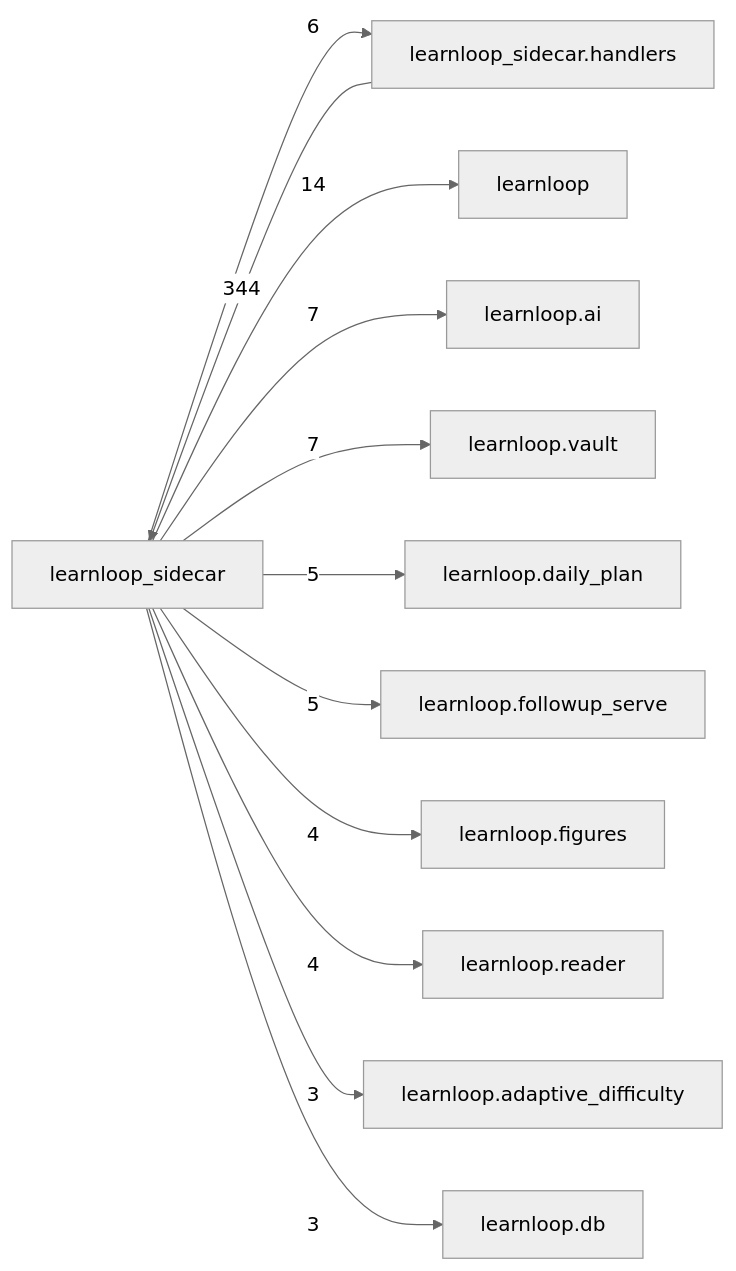
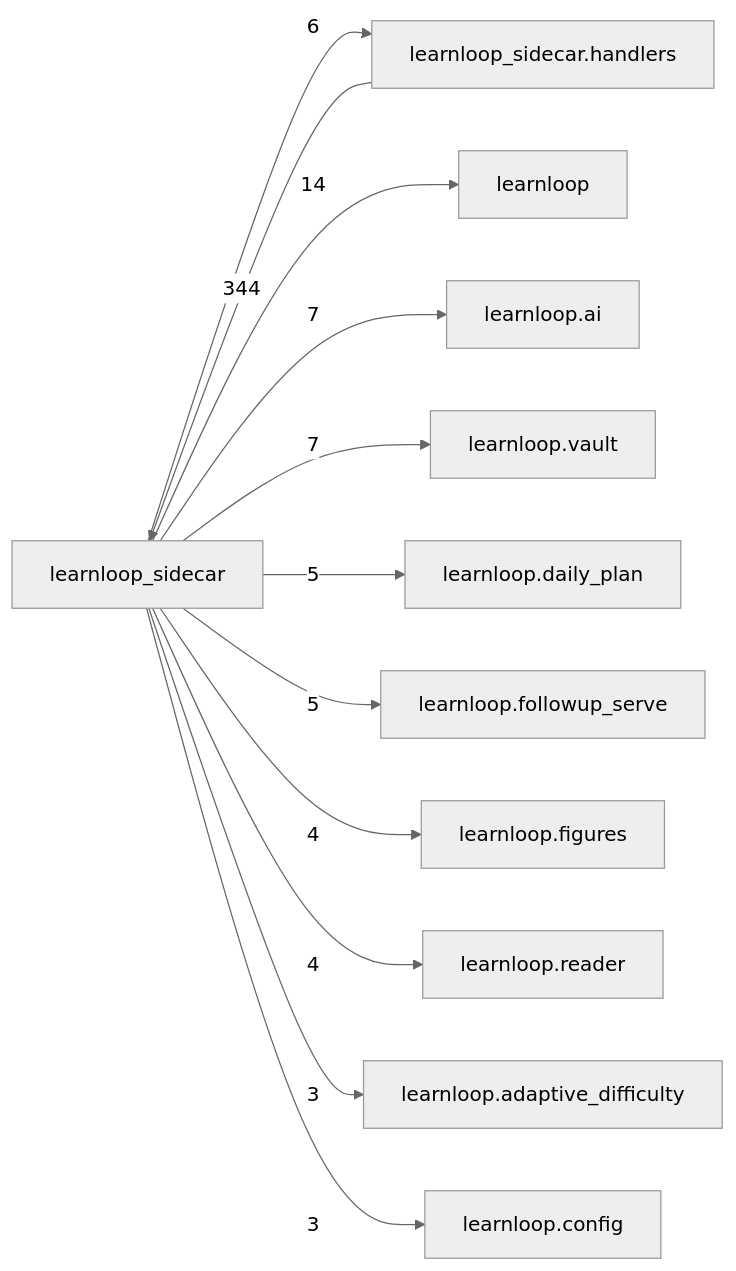
Before and after one commit to 6up-b/learnanything: the diagram in docs/learnloop-architecture-vault/Reference/Modules/learnloop_sidecar/_package.md, drawn with Mermaid (neutral theme). The commit also changed other lines of this file and 182 other files, not shown here.

````diff
--- a/docs/learnloop-architecture-vault/Reference/Modules/learnloop_sidecar/_package.md
+++ b/docs/learnloop-architecture-vault/Reference/Modules/learnloop_sidecar/_package.md
@@ -126,25 +126,25 @@
 ```mermaid
 flowchart LR
     center["learnloop_sidecar"]
     n_learnloop_sidecar_handlers["learnloop_sidecar.handlers"]
     n_learnloop["learnloop"]
     n_learnloop_ai["learnloop.ai"]
     n_learnloop_vault["learnloop.vault"]
     n_learnloop_daily_plan["learnloop.daily_plan"]
     n_learnloop_followup_serve["learnloop.followup_serve"]
     n_learnloop_figures["learnloop.figures"]
     n_learnloop_reader["learnloop.reader"]
     n_learnloop_adaptive_difficulty["learnloop.adaptive_difficulty"]
-    n_learnloop_db["learnloop.db"]
+    n_learnloop_config["learnloop.config"]
     n_learnloop_sidecar_handlers -->|344| center
     center -->|6| n_learnloop_sidecar_handlers
     center -->|14| n_learnloop
     center -->|7| n_learnloop_ai
     center -->|7| n_learnloop_vault
     center -->|5| n_learnloop_daily_plan
     center -->|5| n_learnloop_followup_serve
     center -->|4| n_learnloop_figures
     center -->|4| n_learnloop_reader
     center -->|3| n_learnloop_adaptive_difficulty
-    center -->|3| n_learnloop_db
+    center -->|3| n_learnloop_config
 ```
````
